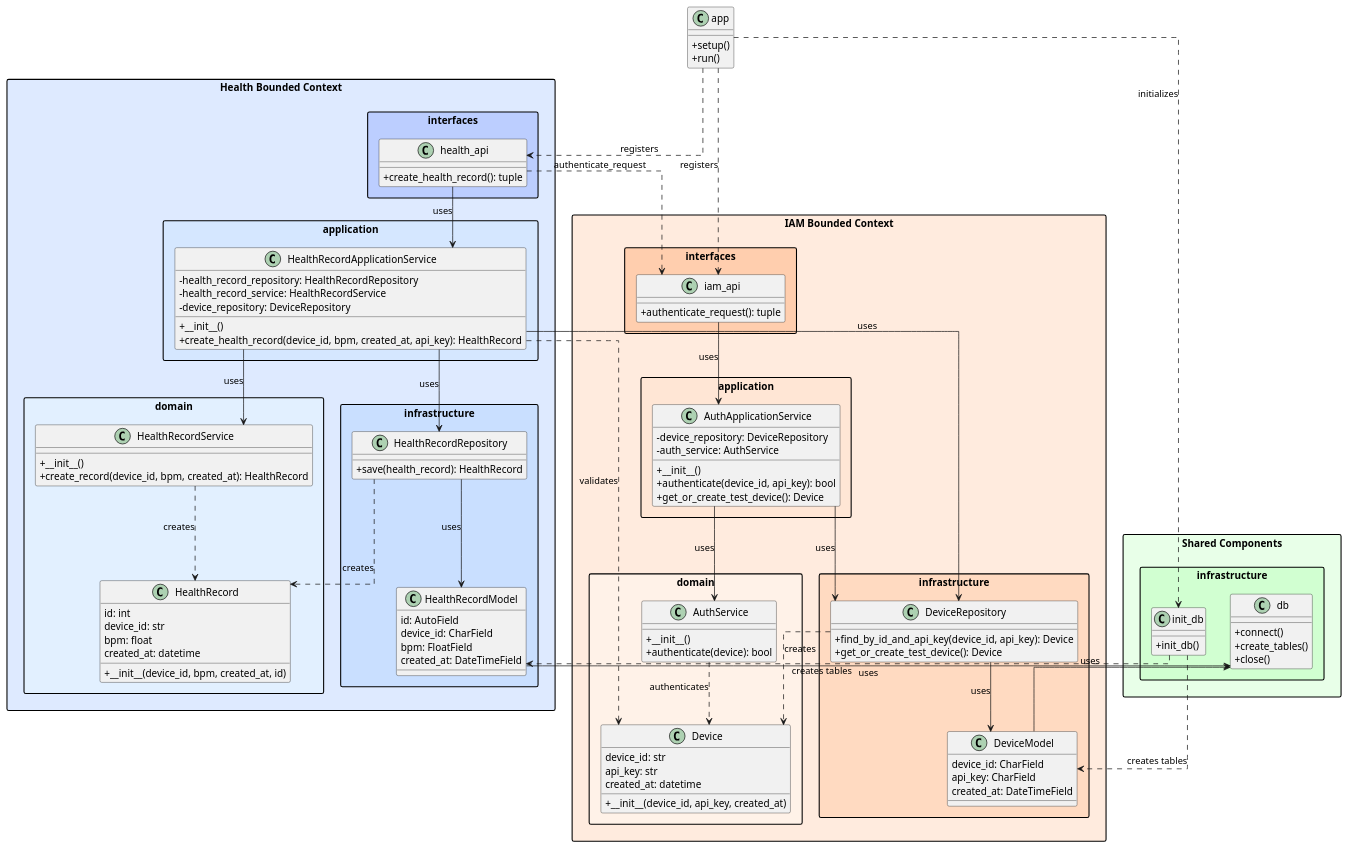
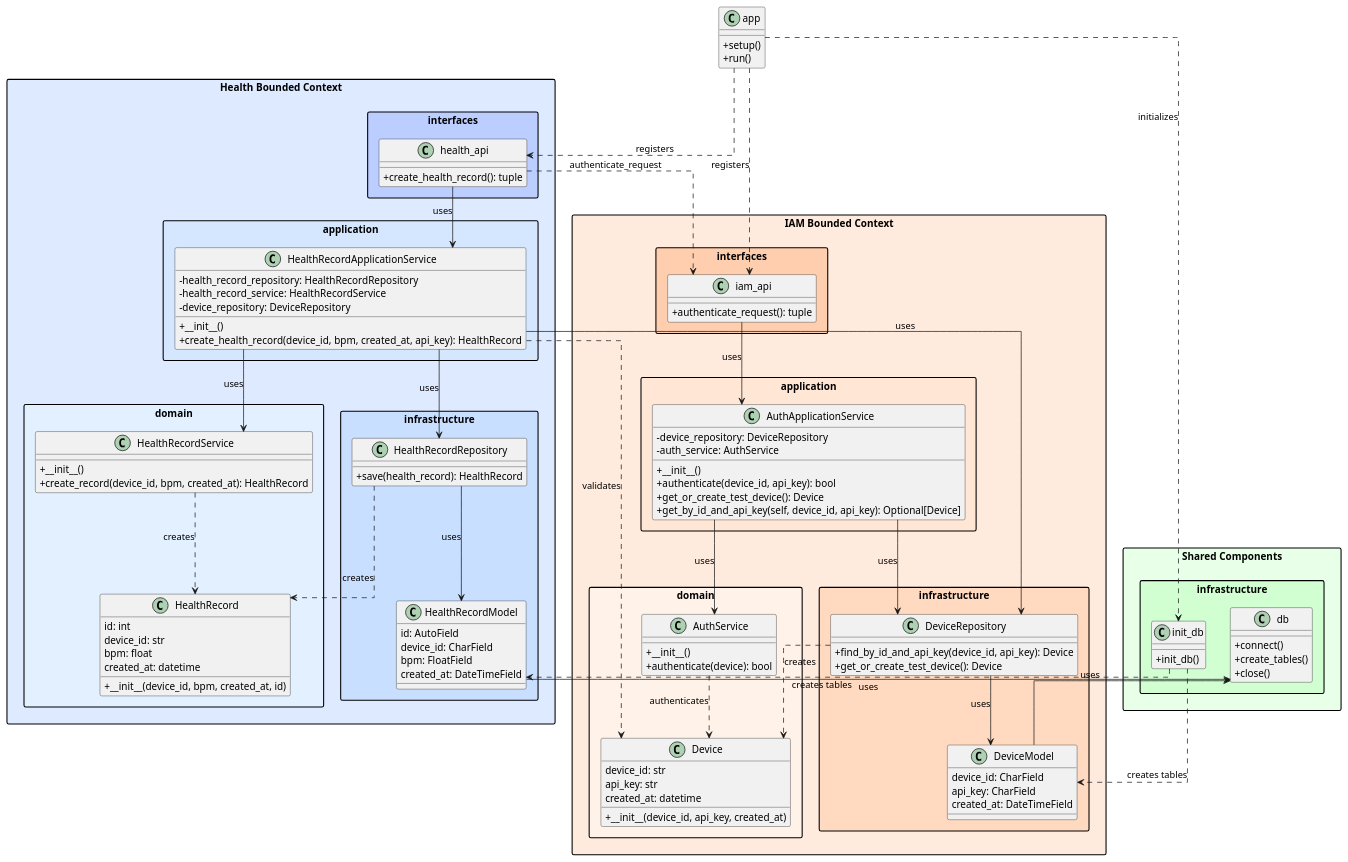
One commit to upc-pre-202510-1asi0572-2947/smart_band_edge_service changed the diagram in docs/class-diagram.puml. Above: the diagram before and after it, drawn with PlantUML.

Commit message:
docs: add project-level documentation.

```diff
--- a/docs/class-diagram.puml
+++ b/docs/class-diagram.puml
@@ -1,162 +1,163 @@
 @startuml Smart Band Edge Service - Class Diagram
 
 skinparam classAttributeIconSize 0
 skinparam packageStyle rectangle
 skinparam linetype ortho
 skinparam handwritten false
 skinparam monochrome false
 skinparam shadowing false
 
 ' Define packages for bounded contexts
 package "Health Bounded Context" #DEEAFF {
   ' Domain Layer
   package "domain" #E2F0FF {
     class HealthRecord {
       id: int
       device_id: str
       bpm: float
       created_at: datetime
       +__init__(device_id, bpm, created_at, id)
     }
 
     class HealthRecordService {
       +__init__()
       +create_record(device_id, bpm, created_at): HealthRecord
     }
   }
 
   ' Application Layer
   package "application" #D5E7FF {
     class HealthRecordApplicationService {
       -health_record_repository: HealthRecordRepository
       -health_record_service: HealthRecordService
       -device_repository: DeviceRepository
       +__init__()
       +create_health_record(device_id, bpm, created_at, api_key): HealthRecord
     }
   }
 
   ' Infrastructure Layer
   package "infrastructure" #C9DFFF {
     class HealthRecordModel {
       id: AutoField
       device_id: CharField
       bpm: FloatField
       created_at: DateTimeField
     }
 
     class HealthRecordRepository {
       +save(health_record): HealthRecord
     }
   }
 
   ' Interface Layer
   package "interfaces" #BCCEFF {
     class health_api {
       +create_health_record(): tuple
     }
   }
 }
 
 package "IAM Bounded Context" #FFEBDE {
   ' Domain Layer
   package "domain" #FFF2E8 {
     class Device {
       device_id: str
       api_key: str
       created_at: datetime
       +__init__(device_id, api_key, created_at)
     }
 
     class AuthService {
       +__init__()
       +authenticate(device): bool
     }
   }
 
   ' Application Layer
   package "application" #FFE6D5 {
     class AuthApplicationService {
       -device_repository: DeviceRepository
       -auth_service: AuthService
       +__init__()
       +authenticate(device_id, api_key): bool
       +get_or_create_test_device(): Device
+      +get_by_id_and_api_key(self, device_id, api_key): Optional[Device]
     }
   }
 
   ' Infrastructure Layer
   package "infrastructure" #FFDAC1 {
     class DeviceModel {
       device_id: CharField
       api_key: CharField
       created_at: DateTimeField
     }
 
     class DeviceRepository {
       +find_by_id_and_api_key(device_id, api_key): Device
       +get_or_create_test_device(): Device
     }
   }
 
   ' Interface Layer
   package "interfaces" #FFCEAE {
     class iam_api {
       +authenticate_request(): tuple
     }
   }
 }
 
 package "Shared Components" #E8FFE8 {
   package "infrastructure" #D1FFD1 {
     class db {
       +connect()
       +create_tables()
       +close()
     }
 
     class init_db {
       +init_db()
     }
   }
 }
 
 ' Main application
 class app {
   +setup()
   +run()
 }
 
 ' Relationships
 
 ' Health bounded context relationships
 HealthRecordApplicationService --> HealthRecordRepository: uses
 HealthRecordApplicationService --> HealthRecordService: uses
 HealthRecordApplicationService --> DeviceRepository: uses
 HealthRecordRepository --> HealthRecordModel: uses
 HealthRecordRepository ..> HealthRecord: creates
 HealthRecordService ..> HealthRecord: creates
 health_api --> HealthRecordApplicationService: uses
 
 ' IAM bounded context relationships
 AuthApplicationService --> DeviceRepository: uses
 AuthApplicationService --> AuthService: uses
 DeviceRepository --> DeviceModel: uses
 DeviceRepository ..> Device: creates
 AuthService ..> Device: authenticates
 iam_api --> AuthApplicationService: uses
 
 ' Cross-context relationships
 HealthRecordApplicationService ..> Device: validates
 health_api ..> iam_api: authenticate_request
 
 ' Database relationships
 HealthRecordModel --> db: uses
 DeviceModel --> db: uses
 init_db ..> HealthRecordModel: creates tables
 init_db ..> DeviceModel: creates tables
 app ..> init_db: initializes
 app ..> health_api: registers
 app ..> iam_api: registers
 
 @enduml
```
